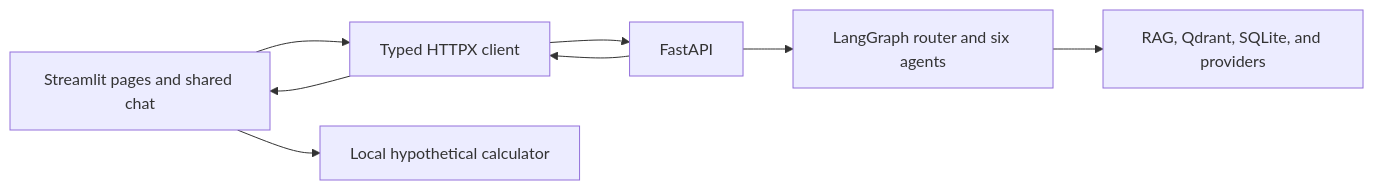
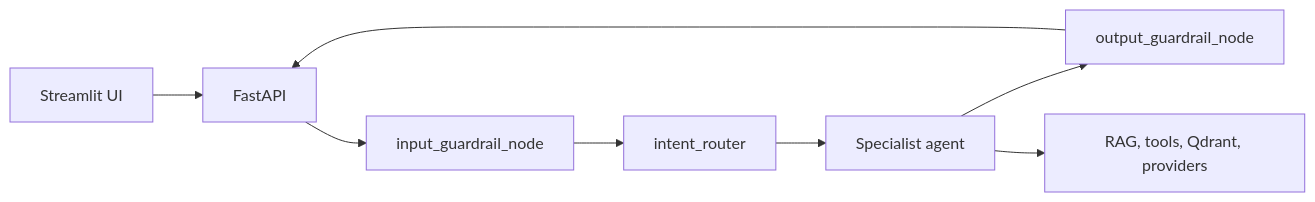
One commit to vinodkandibilla/ai-finance-assistant changed the diagram in README.md. Above: the diagram before and after it, drawn with Mermaid. The commit also changed other lines of this file and 16 other files, not shown here.

Commit message:
Refine architecture and cost documentation

````diff
--- a/README.md
+++ b/README.md
@@ -167,10 +19,10 @@
 ```mermaid
 flowchart LR
-    UI[Streamlit pages and shared chat] --> Client[Typed HTTPX client]
-    Client --> API[FastAPI]
-    API --> Graph[LangGraph router and six agents]
-    Graph --> Data[RAG, Qdrant, SQLite, and providers]
-    API --> Client
-    Client --> UI
-    UI --> Goals[Local hypothetical calculator]
+    UI[Streamlit UI] --> API[FastAPI]
+    API --> IN[input_guardrail_node]
+    IN --> R[intent_router]
+    R --> A[Specialist agent]
+    A --> OUT[output_guardrail_node]
+    OUT --> API
+    A --> DATA[RAG, tools, Qdrant, providers]
 ```
````
